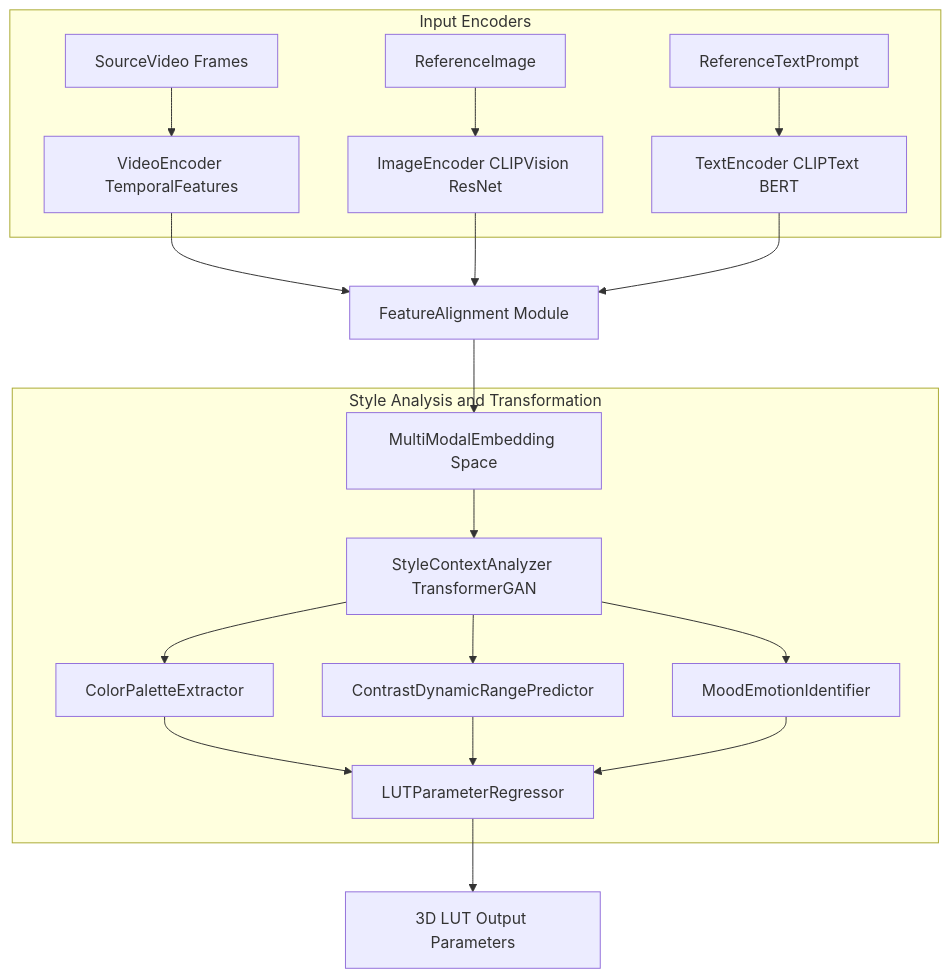
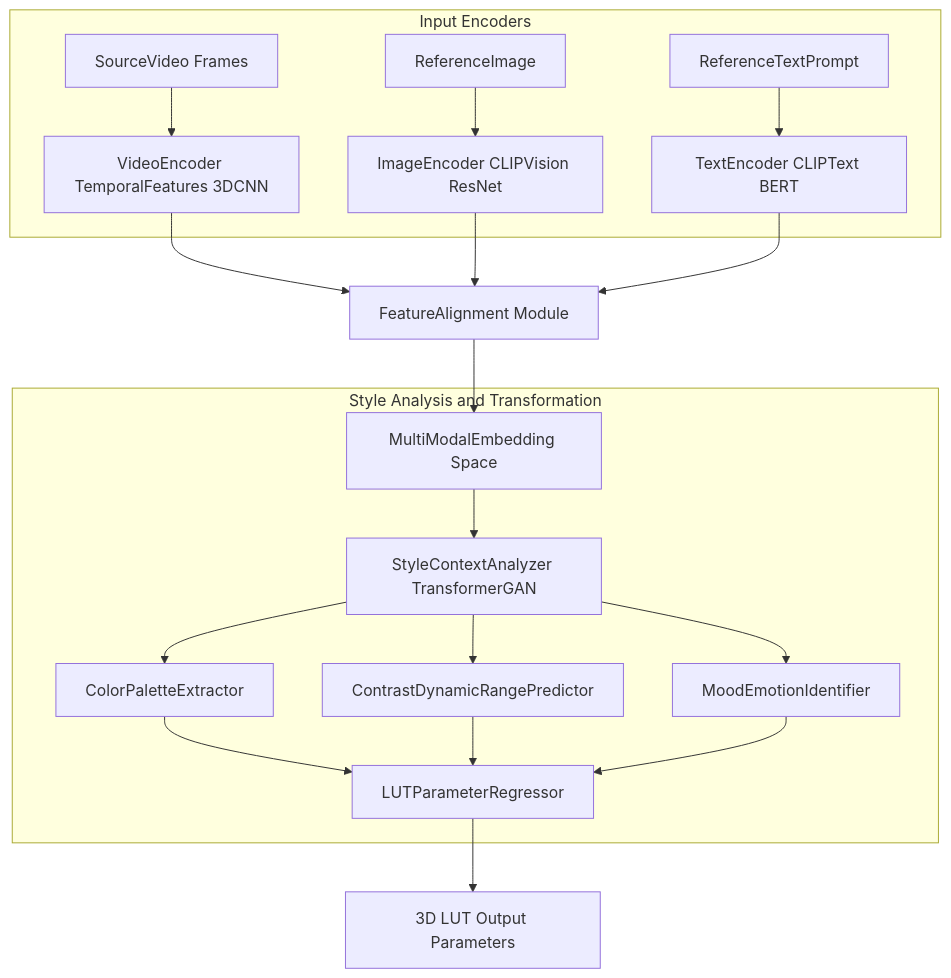
Before and after one commit to diplomat-bit/Citibank_Demo_Business_Inc_Demonstration-: the third of 10 diagrams in inventions/121_ai_automated_film_color_grading.md, drawn with Mermaid. The commit also changed other lines of this file, not shown here.

````diff
--- a/inventions/121_ai_automated_film_color_grading.md
+++ b/inventions/121_ai_automated_film_color_grading.md
@@ -88,27 +104,27 @@
 ```mermaid
 graph TD
     subgraph Input Encoders
-        A[SourceVideo Frames] --> B[VideoEncoder TemporalFeatures]
+        A[SourceVideo Frames] --> B[VideoEncoder TemporalFeatures 3DCNN]
         C[ReferenceImage] --> D[ImageEncoder CLIPVision ResNet]
         E[ReferenceTextPrompt] --> F[TextEncoder CLIPText BERT]
     end
 
     B --> G[FeatureAlignment Module]
     D --> G
     F --> G
 
     G --> H[MultiModalEmbedding Space]
 
     subgraph Style Analysis and Transformation
         H --> I[StyleContextAnalyzer TransformerGAN]
         I --> J[ColorPaletteExtractor]
         I --> K[ContrastDynamicRangePredictor]
         I --> L[MoodEmotionIdentifier]
 
         J --> M[LUTParameterRegressor]
         K --> M
         L --> M
     end
 
     M --> N[3D LUT Output Parameters]
 ```
````
